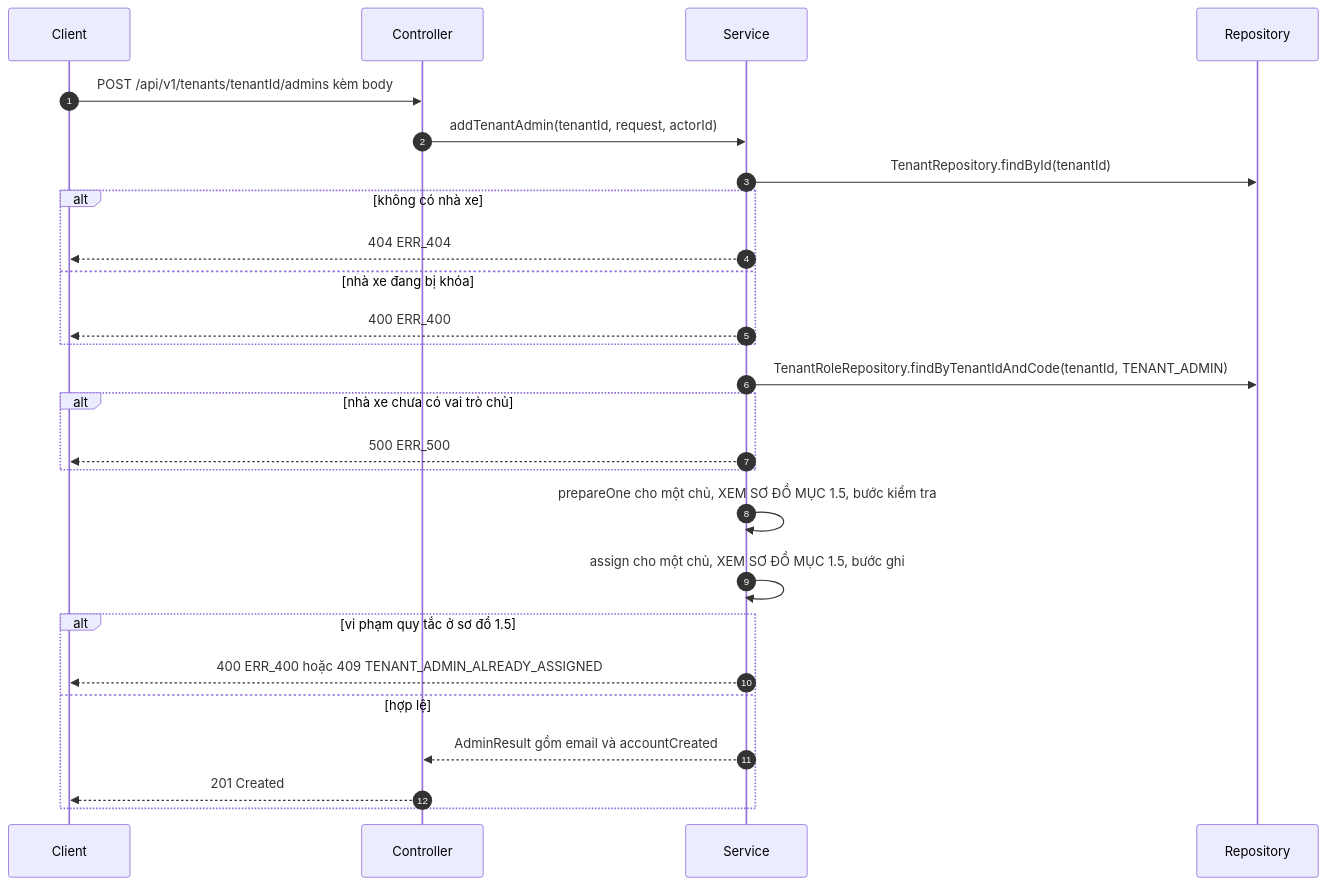
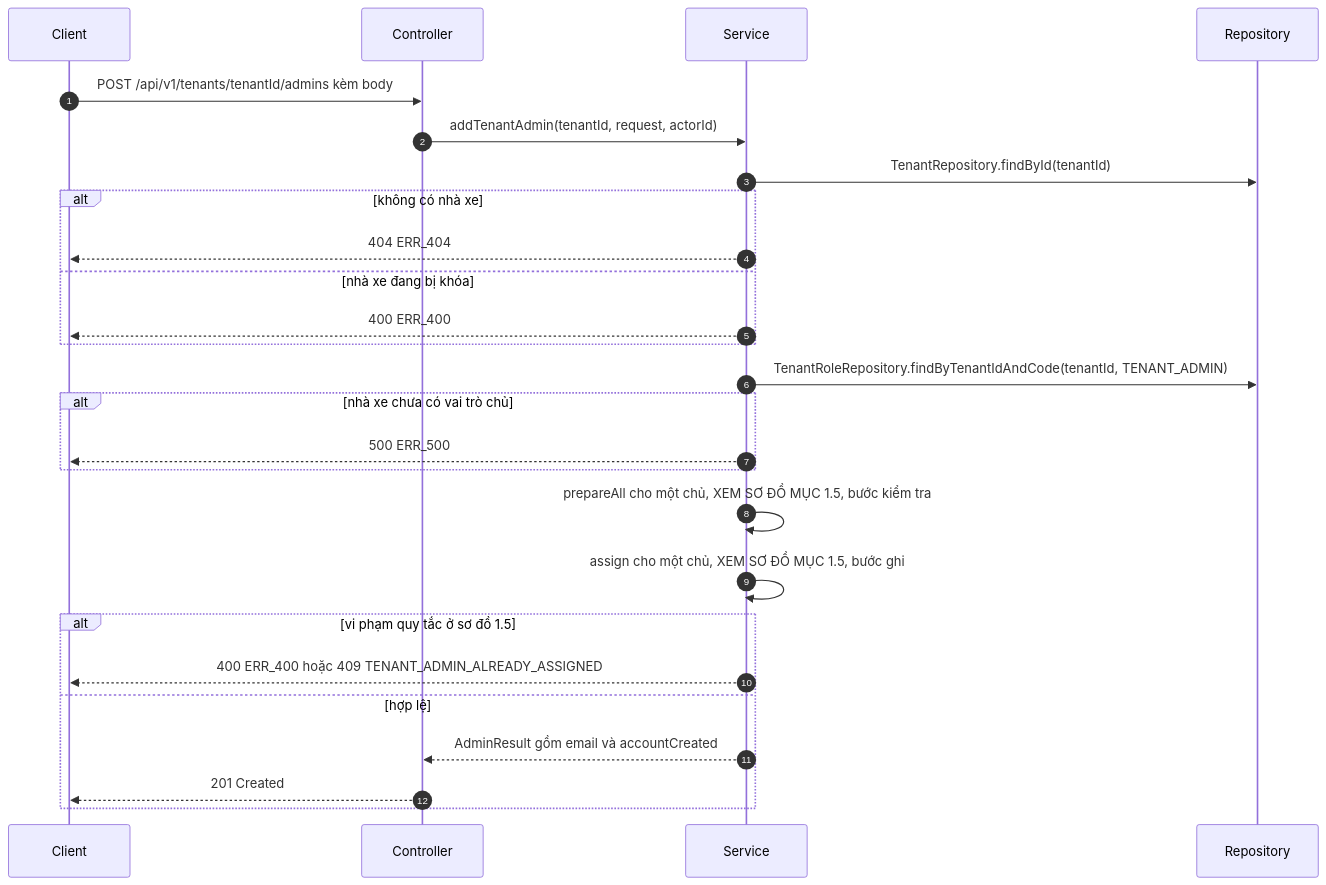
One commit to foodboi88/car-rental-saas changed the tenth of 11 diagrams in docs/plans/tenant/2026-10-19-tenant-api-spec.md. Above: the diagram before and after it, drawn with Mermaid. The commit also changed other lines of this file and 2 other files, not shown here.

First line of the commit message:
feature/huynq7-frontend: cập nhật tài liệu theo bản làm gọn và lỗi 500 của API tra cứu

````diff
--- a/docs/plans/tenant/2026-10-19-tenant-api-spec.md
+++ b/docs/plans/tenant/2026-10-19-tenant-api-spec.md
@@ -597,28 +597,28 @@
 ```mermaid
 sequenceDiagram
   autonumber
   participant C as Client
   participant K as Controller
   participant S as Service
   participant R as Repository
   C->>K: POST /api/v1/tenants/tenantId/admins kèm body
   K->>S: addTenantAdmin(tenantId, request, actorId)
   S->>R: TenantRepository.findById(tenantId)
   alt không có nhà xe
     S-->>C: 404 ERR_404
   else nhà xe đang bị khóa
     S-->>C: 400 ERR_400
   end
   S->>R: TenantRoleRepository.findByTenantIdAndCode(tenantId, TENANT_ADMIN)
   alt nhà xe chưa có vai trò chủ
     S-->>C: 500 ERR_500
   end
-  S->>S: prepareOne cho một chủ, XEM SƠ ĐỒ MỤC 1.5, bước kiểm tra
+  S->>S: prepareAll cho một chủ, XEM SƠ ĐỒ MỤC 1.5, bước kiểm tra
   S->>S: assign cho một chủ, XEM SƠ ĐỒ MỤC 1.5, bước ghi
   alt vi phạm quy tắc ở sơ đồ 1.5
     S-->>C: 400 ERR_400 hoặc 409 TENANT_ADMIN_ALREADY_ASSIGNED
   else hợp lệ
     S-->>K: AdminResult gồm email và accountCreated
     K-->>C: 201 Created
   end
 ```
````
